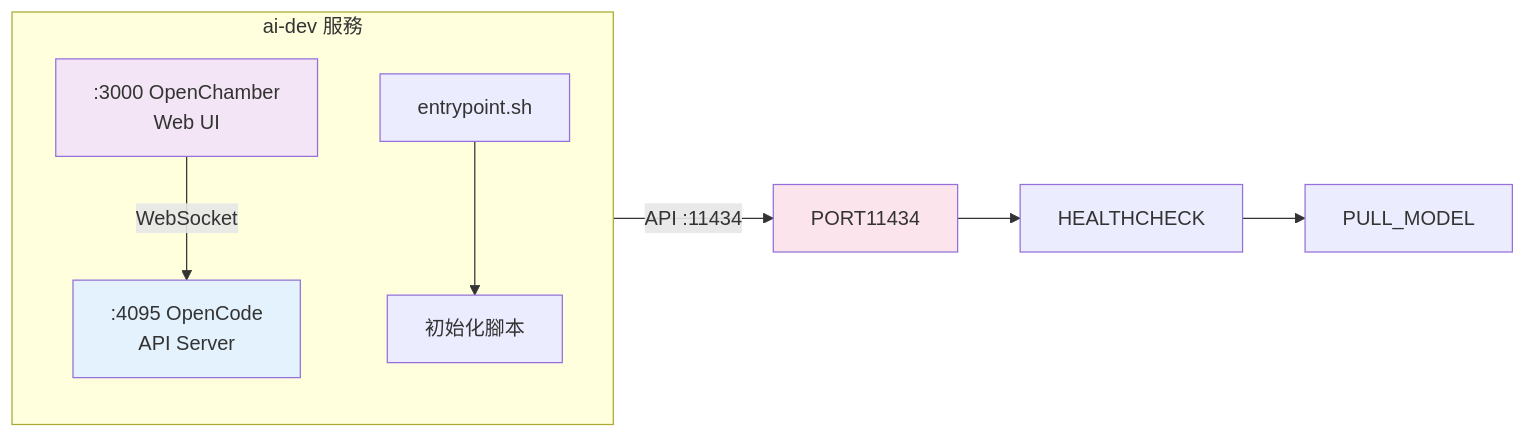
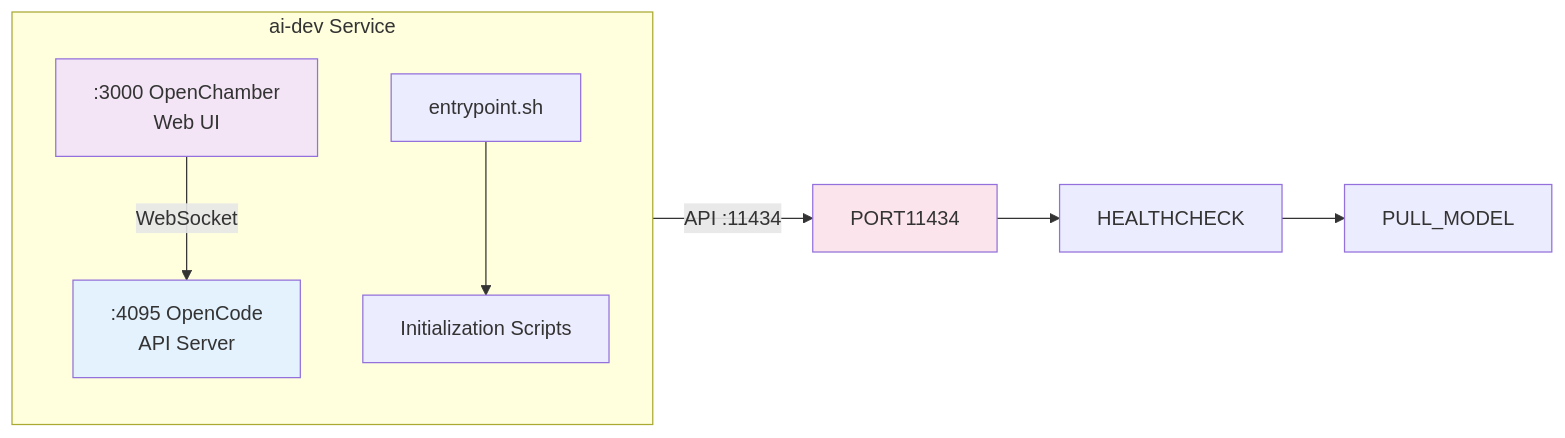
One commit to tryweb/ai-engkit changed the second of 10 diagrams in docs/ARCHITECTURE.md. Above: the diagram before and after it, drawn with Mermaid. The commit also changed other lines of this file and 14 other files, not shown here.

````diff
--- a/docs/ARCHITECTURE.md
+++ b/docs/ARCHITECTURE.md
@@ -60,20 +60,20 @@
 ```mermaid
 graph LR
-    subgraph "ai-dev 服務"
+    subgraph "ai-dev Service"
         direction TB
         PORT3000[":3000 OpenChamber<br/>Web UI"]
         OC_API[":4095 OpenCode<br/>API Server"]
         ENTRYPOINT["entrypoint.sh"]
-        INIT_SCRIPTS["初始化腳本"]
+        INIT_SCRIPTS["Initialization Scripts"]
     end
 
     PORT3000 -->|"WebSocket"| OC_API
     OC_API -->|"API :11434"| PORT11434
     ENTRYPOINT --> INIT_SCRIPTS
     PORT11434 --> HEALTHCHECK
     HEALTHCHECK --> PULL_MODEL
 
     style PORT3000 fill:#f3e5f5
     style OC_API fill:#e3f2fd
     style PORT11434 fill:#fce4ec
 ```
````
